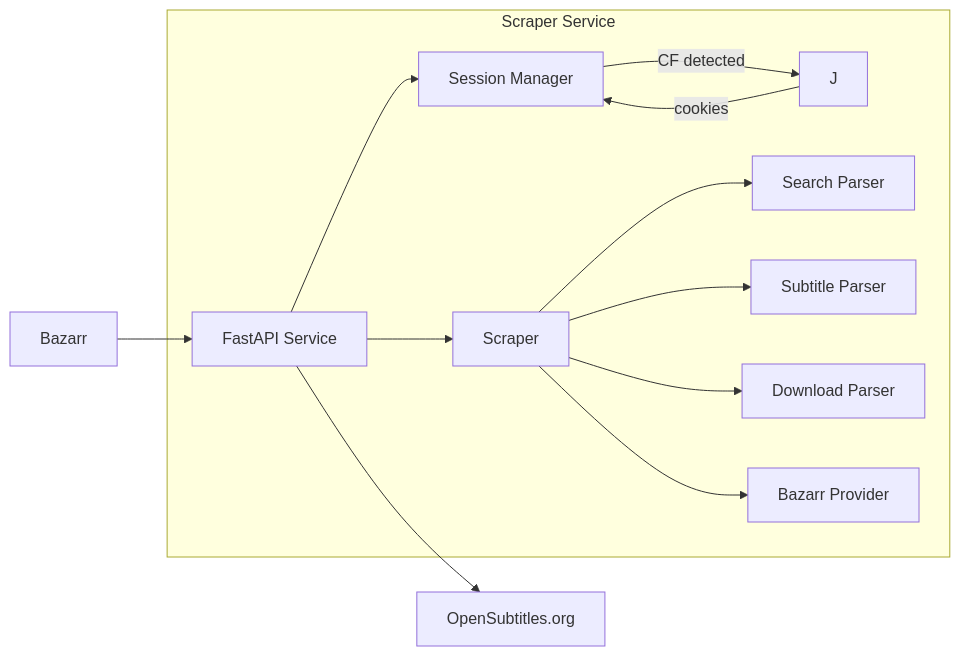
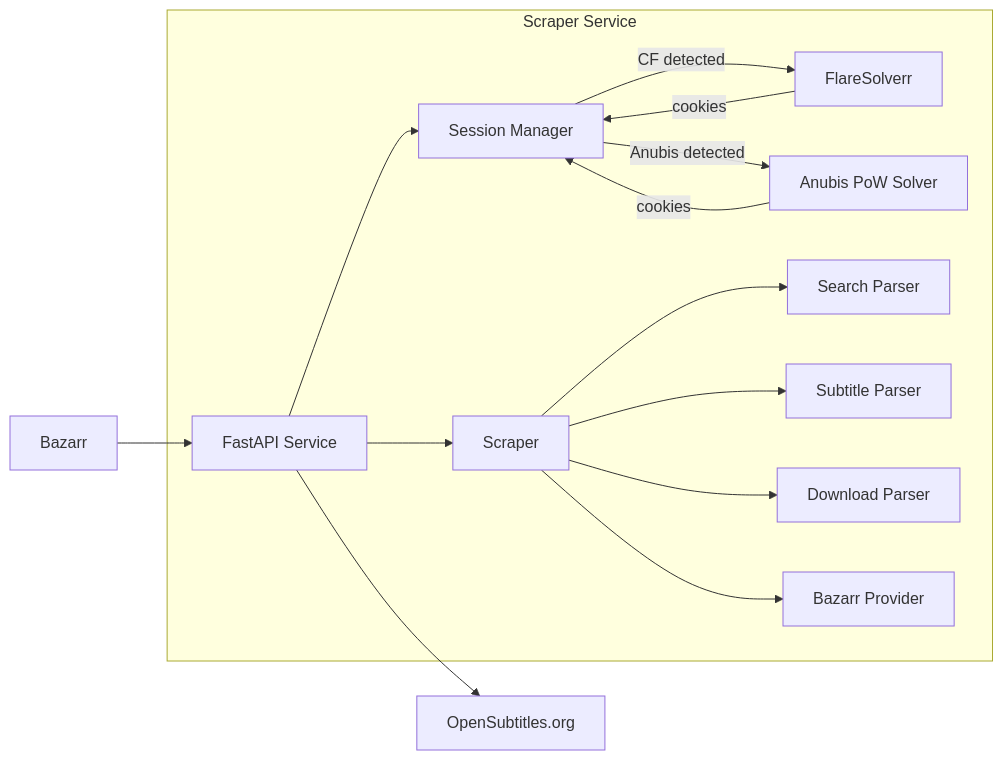
The diagram in README.md (LavX/opensubtitles-scraper), drawn with Mermaid before and after one commit. The commit also changed other lines of this file, not shown here.

````diff
--- a/README.md
+++ b/README.md
@@ -41,15 +42,17 @@
 ```mermaid
 graph LR
     A[Bazarr] --> B[FastAPI Service]
     B --> C[OpenSubtitles.org]
     subgraph "Scraper Service"
         B --> D[Session Manager]
         B --> E[Scraper]
-        D -->|"CF detected"| J
+        D -->|"CF detected"| J[FlareSolverr]
+        D -->|"Anubis detected"| K[Anubis PoW Solver]
         J -->|"cookies"| D
+        K -->|"cookies"| D
         E --> F[Search Parser]
         E --> G[Subtitle Parser]
         E --> H[Download Parser]
         E --> I[Bazarr Provider]
     end
 ```
````
